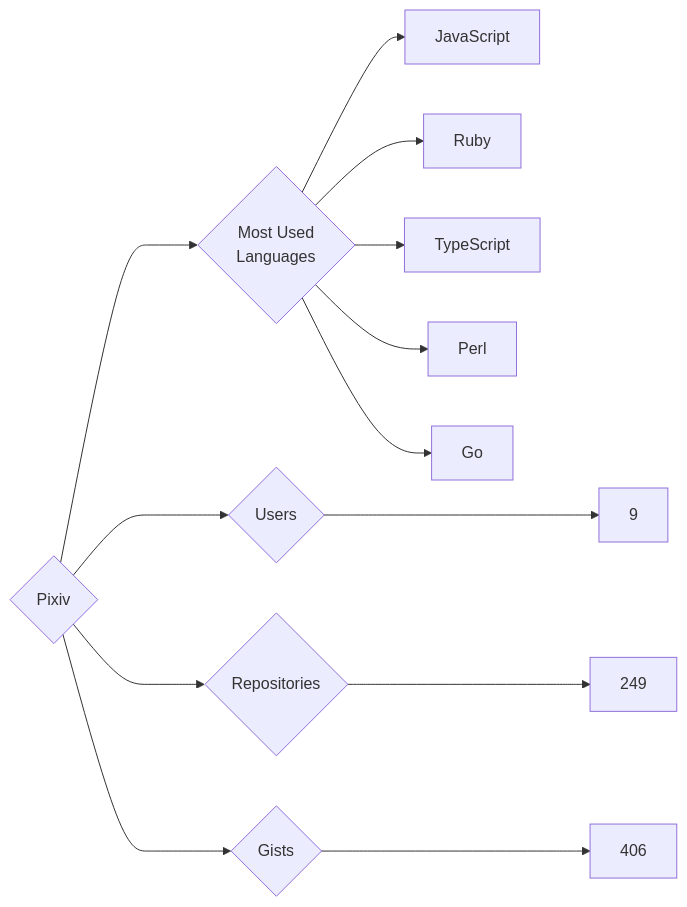
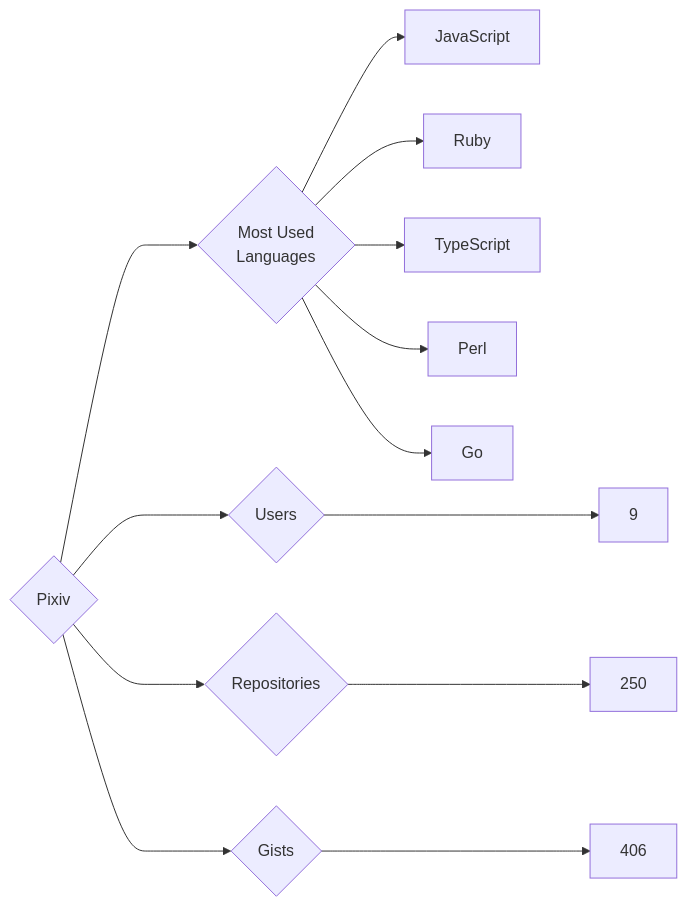
The diagram in targets/Pixiv/README.md (trickest/insiders), drawn with Mermaid before and after one commit. The commit also changed 835 other files, not shown here.

````diff
--- a/targets/Pixiv/README.md
+++ b/targets/Pixiv/README.md
@@ -3,13 +3,13 @@
 ```mermaid
 graph LR
 COMPANY_NAME{Pixiv}
 COMPANY_NAME ---> U{Users} ---> UN[9]
-COMPANY_NAME ---> R{Repositories} ---> RN[249]
+COMPANY_NAME ---> R{Repositories} ---> RN[250]
 COMPANY_NAME ---> G{Gists} ---> GN[406]
 COMPANY_NAME ---> ML{Most Used<br>Languages}
 ML --> JavaScript[JavaScript]
 ML --> Ruby[Ruby]
 ML --> TypeScript[TypeScript]
 ML --> Perl[Perl]
 ML --> Go[Go]
 ```
````
